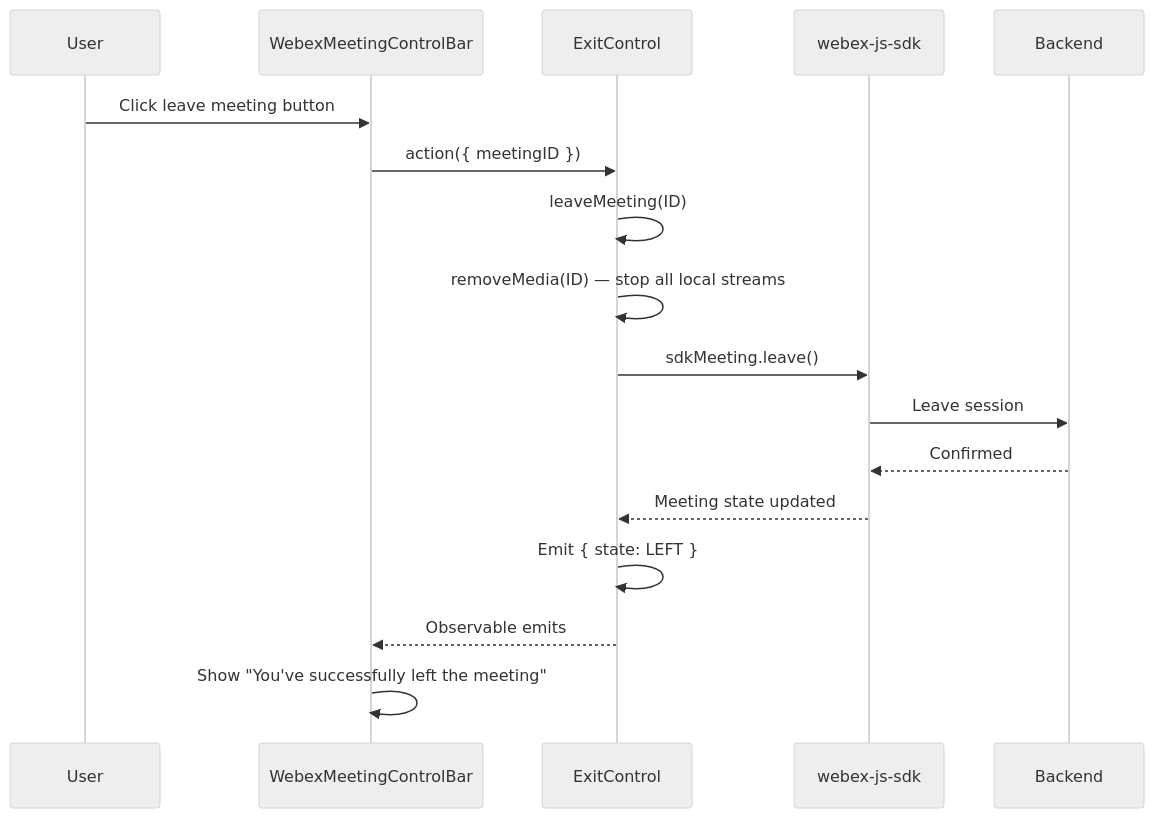
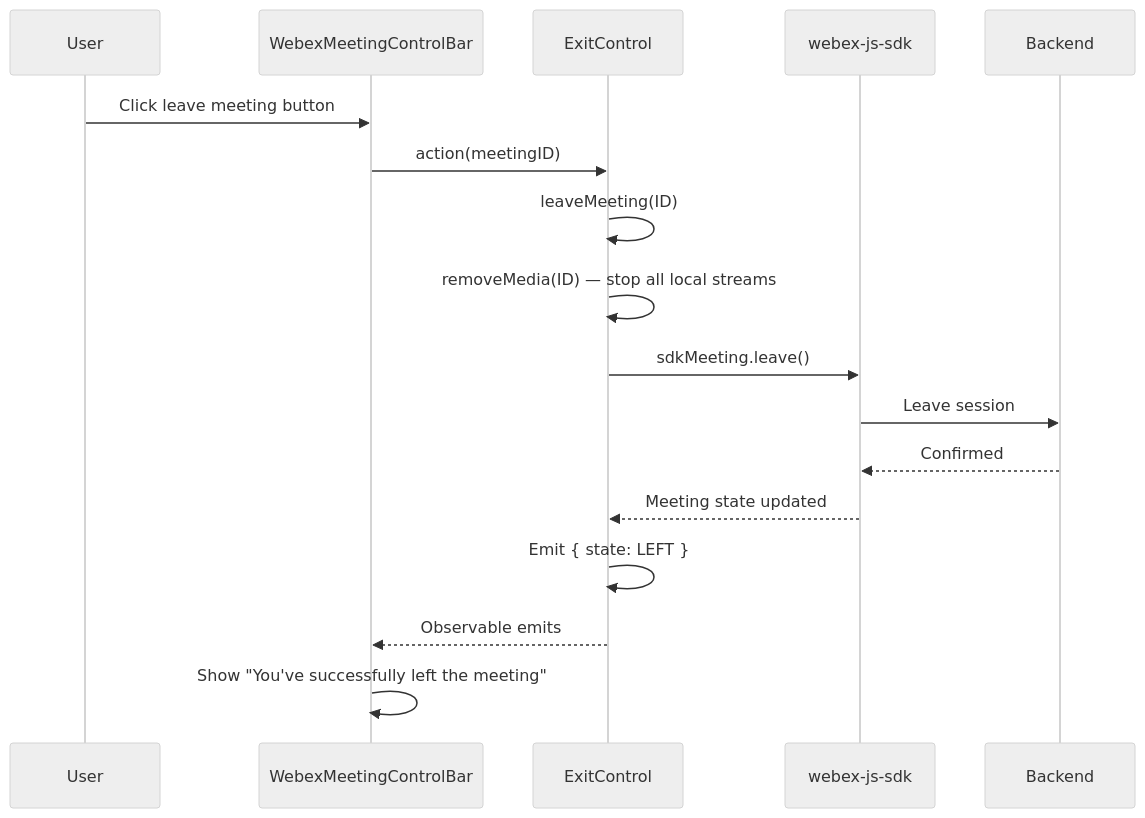
Before and after one commit to webex/widgets: the tenth of 13 diagrams in packages/@webex/widgets/ai-docs/ARCHITECTURE.md, drawn with Mermaid (neutral theme). The commit also changed other lines of this file and 1 other file, not shown here.

````diff
--- a/packages/@webex/widgets/ai-docs/ARCHITECTURE.md
+++ b/packages/@webex/widgets/ai-docs/ARCHITECTURE.md
@@ -494,22 +523,22 @@
 ```mermaid
 sequenceDiagram
     participant User
     participant Component as WebexMeetingControlBar
     participant Adapter as ExitControl
     participant SDK as webex-js-sdk
     participant Backend
 
     User->>Component: Click leave meeting button
-    Component->>Adapter: action({ meetingID })
+    Component->>Adapter: action(meetingID)
     Adapter->>Adapter: leaveMeeting(ID)
     Adapter->>Adapter: removeMedia(ID) — stop all local streams
     Adapter->>SDK: sdkMeeting.leave()
     SDK->>Backend: Leave session
     Backend-->>SDK: Confirmed
 
     SDK-->>Adapter: Meeting state updated
     Adapter->>Adapter: Emit { state: LEFT }
     Adapter-->>Component: Observable emits
 
     Component->>Component: Show "You've successfully left the meeting"
 ```
````
